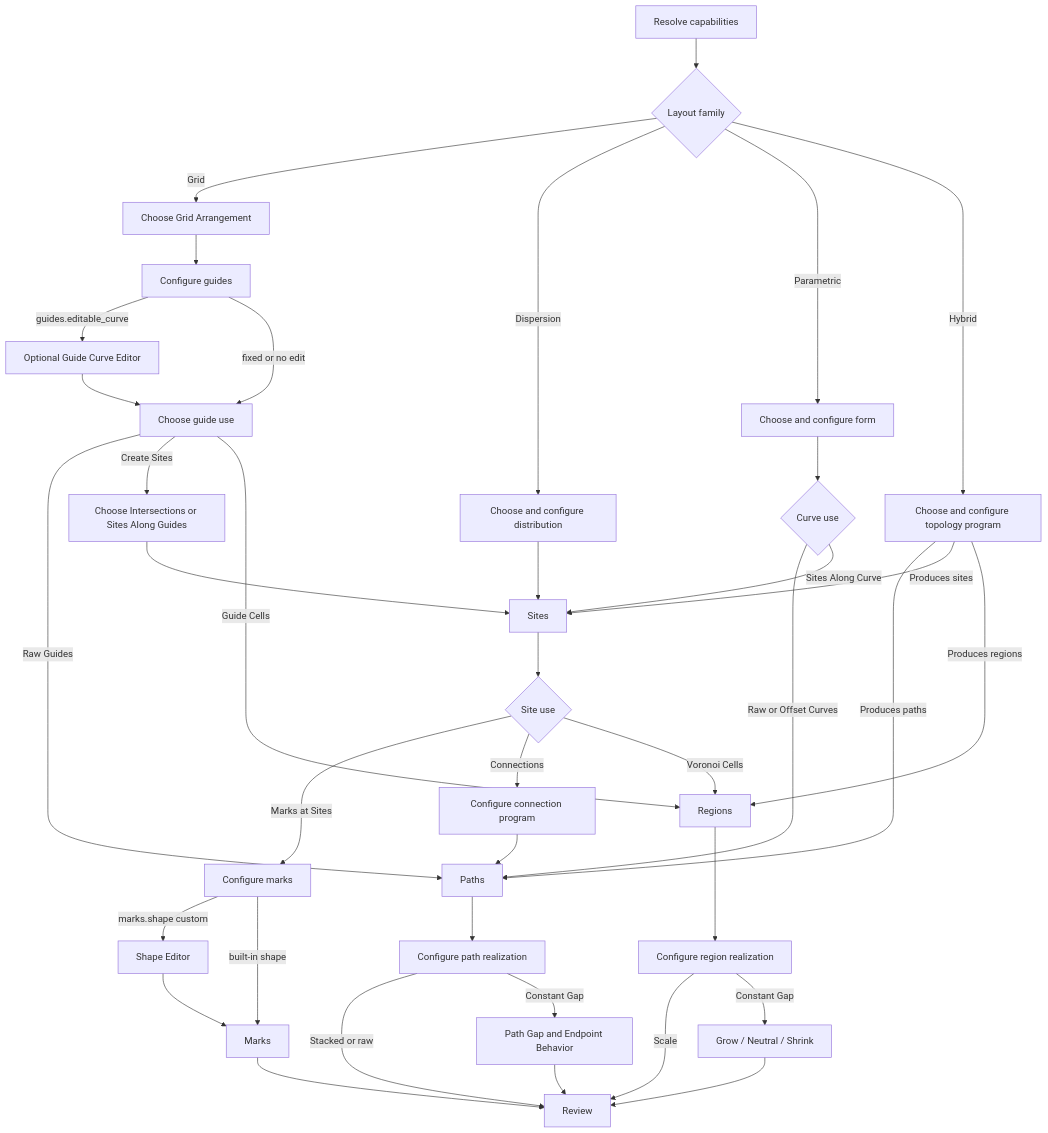
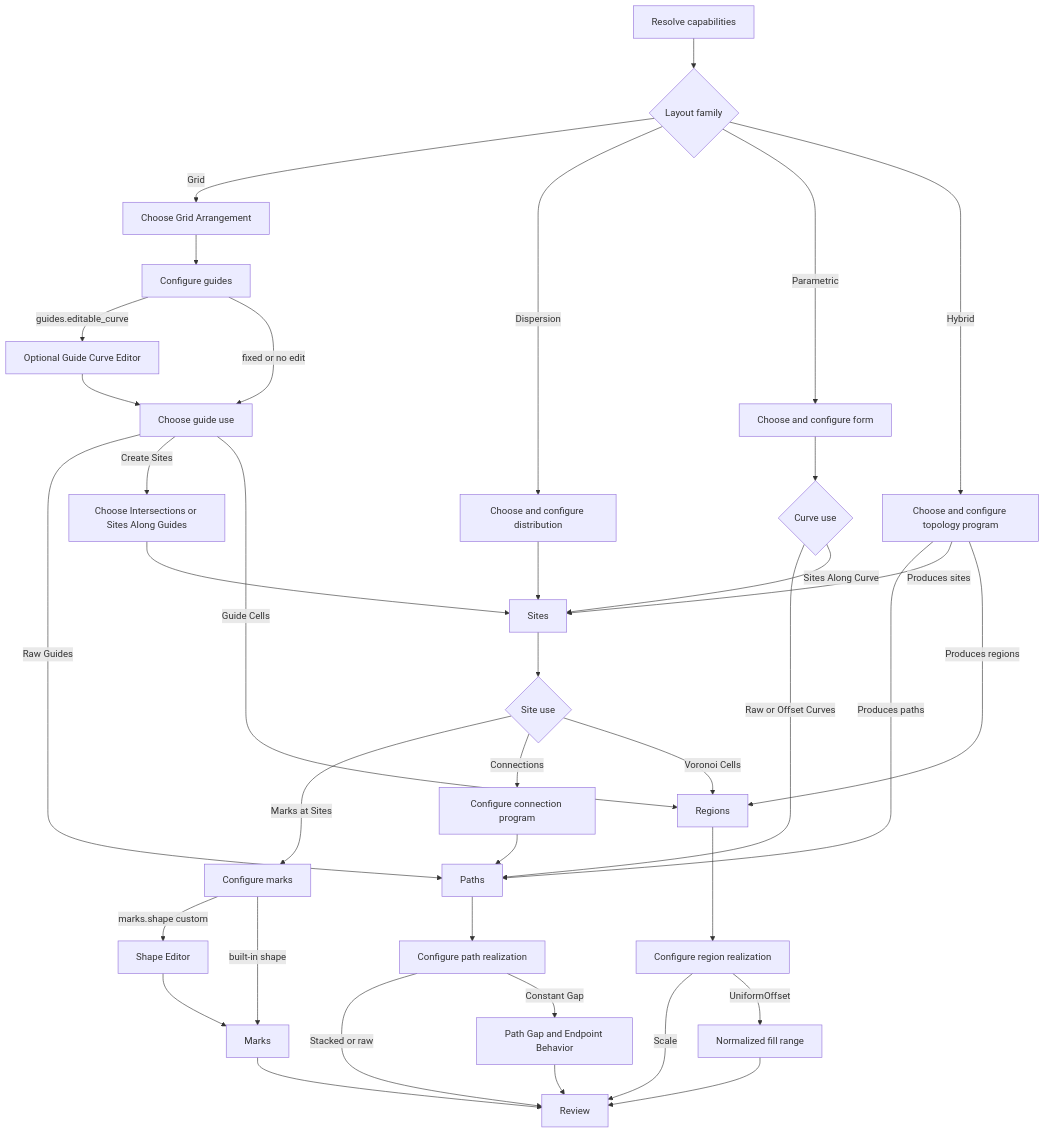
Before and after one commit to ricperry/Toniator: the second of 2 diagrams in docs/PatternWizardPlan.md, drawn with Mermaid. The commit also changed other lines of this file and 7 other files, not shown here.

````diff
--- a/docs/PatternWizardPlan.md
+++ b/docs/PatternWizardPlan.md
@@ -312,48 +314,48 @@
 ```mermaid
 flowchart TD
     A[Resolve capabilities] --> B{Layout family}
 
     B -->|Grid| G1[Choose Grid Arrangement]
     G1 --> G2[Configure guides]
     G2 -->|guides.editable_curve| GE[Optional Guide Curve Editor]
     GE --> G3[Choose guide use]
     G2 -->|fixed or no edit| G3
     G3 -->|Raw Guides| P0[Paths]
     G3 -->|Create Sites| GS[Choose Intersections or Sites Along Guides]
     G3 -->|Guide Cells| R0[Regions]
     GS --> S0[Sites]
 
     B -->|Dispersion| D1[Choose and configure distribution]
     D1 --> S0
 
     B -->|Parametric| P1[Choose and configure form]
     P1 --> P2{Curve use}
     P2 -->|Raw or Offset Curves| P0
     P2 -->|Sites Along Curve| S0
 
     B -->|Hybrid| H1[Choose and configure topology program]
     H1 -->|Produces paths| P0
     H1 -->|Produces sites| S0
     H1 -->|Produces regions| R0
 
     S0 --> S1{Site use}
     S1 -->|Marks at Sites| M1[Configure marks]
     M1 -->|marks.shape custom| ME[Shape Editor]
     ME --> M2[Marks]
     M1 -->|built-in shape| M2
     S1 -->|Connections| C1[Configure connection program]
     C1 --> P0
     S1 -->|Voronoi Cells| R0
 
     P0 --> PR[Configure path realization]
     PR -->|Stacked or raw| O[Review]
     PR -->|Constant Gap| PE[Path Gap and Endpoint Behavior]
     PE --> O
 
     R0 --> RR[Configure region realization]
     RR -->|Scale| O
-    RR -->|Constant Gap| RG[Grow / Neutral / Shrink]
+    RR -->|UniformOffset| RG[Normalized fill range]
     RG --> O
 
     M2 --> O
 ```
````
